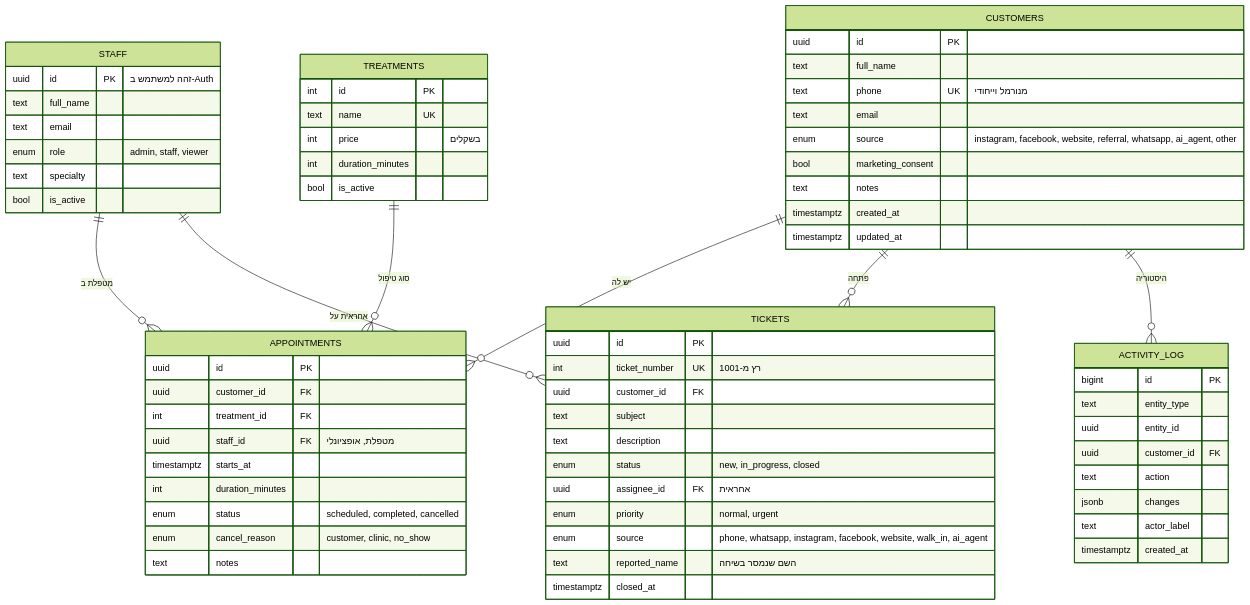
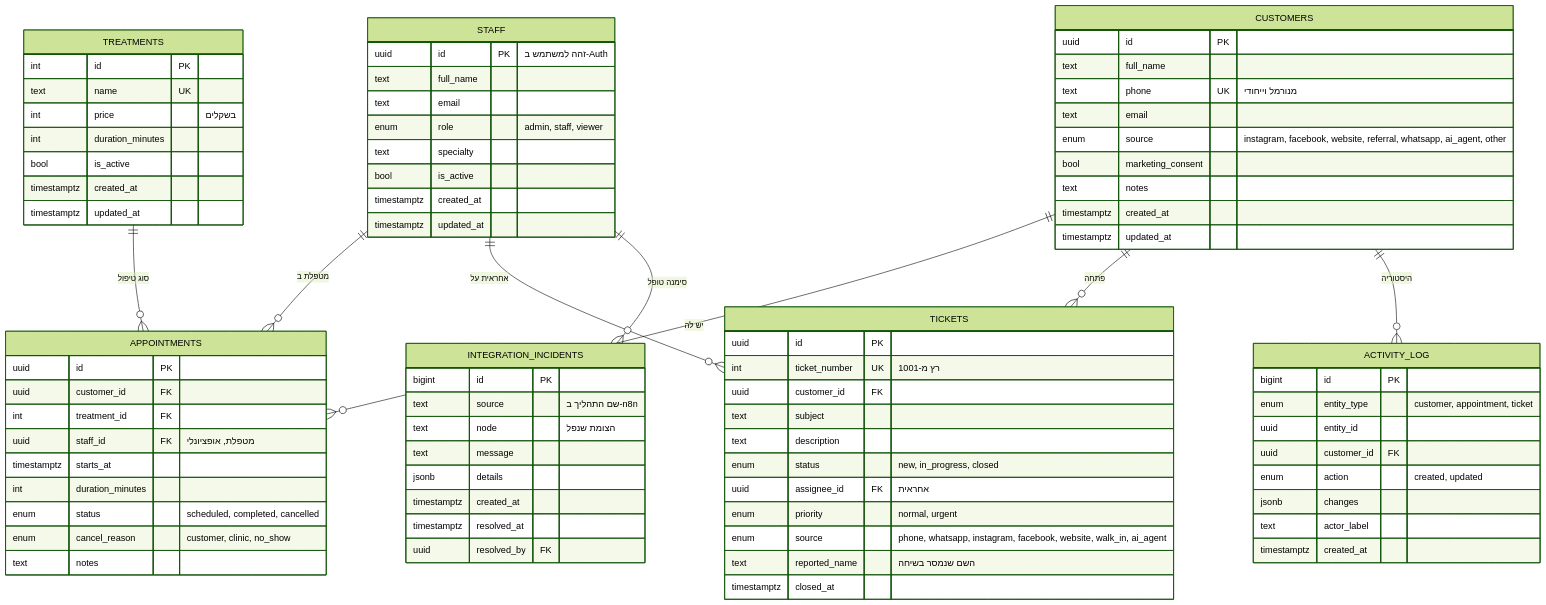
The fourth of 5 diagrams in docs/PRD.md (SanityBox/clinic-ora-crm), drawn with Mermaid (forest theme) before and after one commit. The commit also changed other lines of this file, not shown here.

Commit message:
שלב 28.3: סנכרון PRD (באנרים במסך הראשי, integration_incidents, enums ביומן, שלוש פעולות לסוכן)

````diff
--- a/docs/PRD.md
+++ b/docs/PRD.md
@@ -503,6 +504,7 @@
     CUSTOMERS ||--o{ TICKETS : "פתחה"
     TREATMENTS ||--o{ APPOINTMENTS : "סוג טיפול"
     CUSTOMERS ||--o{ ACTIVITY_LOG : "היסטוריה"
+    STAFF ||--o{ INTEGRATION_INCIDENTS : "סימנה טופל"
 
     STAFF {
         uuid id PK "זהה למשתמש ב-Auth"
@@ -511,6 +513,8 @@
         enum role "admin, staff, viewer"
         text specialty
         bool is_active
+        timestamptz created_at
+        timestamptz updated_at
     }
     CUSTOMERS {
         uuid id PK
@@ -529,6 +533,8 @@
         int price "בשקלים"
         int duration_minutes
         bool is_active
+        timestamptz created_at
+        timestamptz updated_at
     }
     APPOINTMENTS {
         uuid id PK
@@ -556,12 +562,22 @@
     }
     ACTIVITY_LOG {
         bigint id PK
-        text entity_type
+        enum entity_type "customer, appointment, ticket"
         uuid entity_id
         uuid customer_id FK
-        text action
+        enum action "created, updated"
         jsonb changes
         text actor_label
         timestamptz created_at
     }
+    INTEGRATION_INCIDENTS {
+        bigint id PK
+        text source "שם התהליך ב-n8n"
+        text node "הצומת שנפל"
+        text message
+        jsonb details
+        timestamptz created_at
+        timestamptz resolved_at
+        uuid resolved_by FK
+    }
 ```
````
